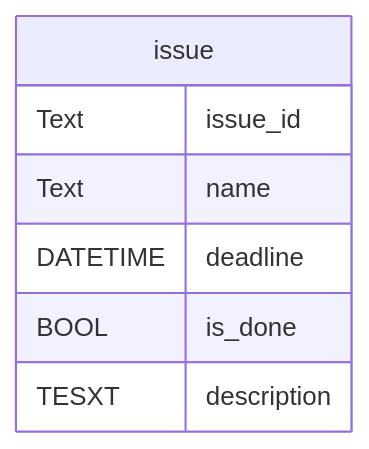
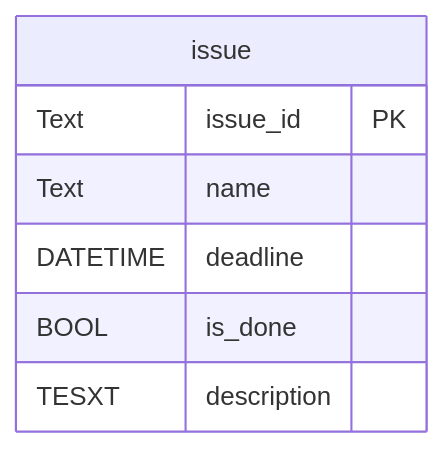
The diagram in README.md (LordThantalas/issue-tracker), drawn with Mermaid before and after one commit.

Commit message:
PK dazu gemacht

````diff
--- a/README.md
+++ b/README.md
@@ -4,11 +4,11 @@
 ```mermaid
 erDiagram
 
 issue {
-  Text issue_id
+  Text issue_id PK
   Text name
   DATETIME deadline
   BOOL is_done
   TESXT description
 }
 ```
````
